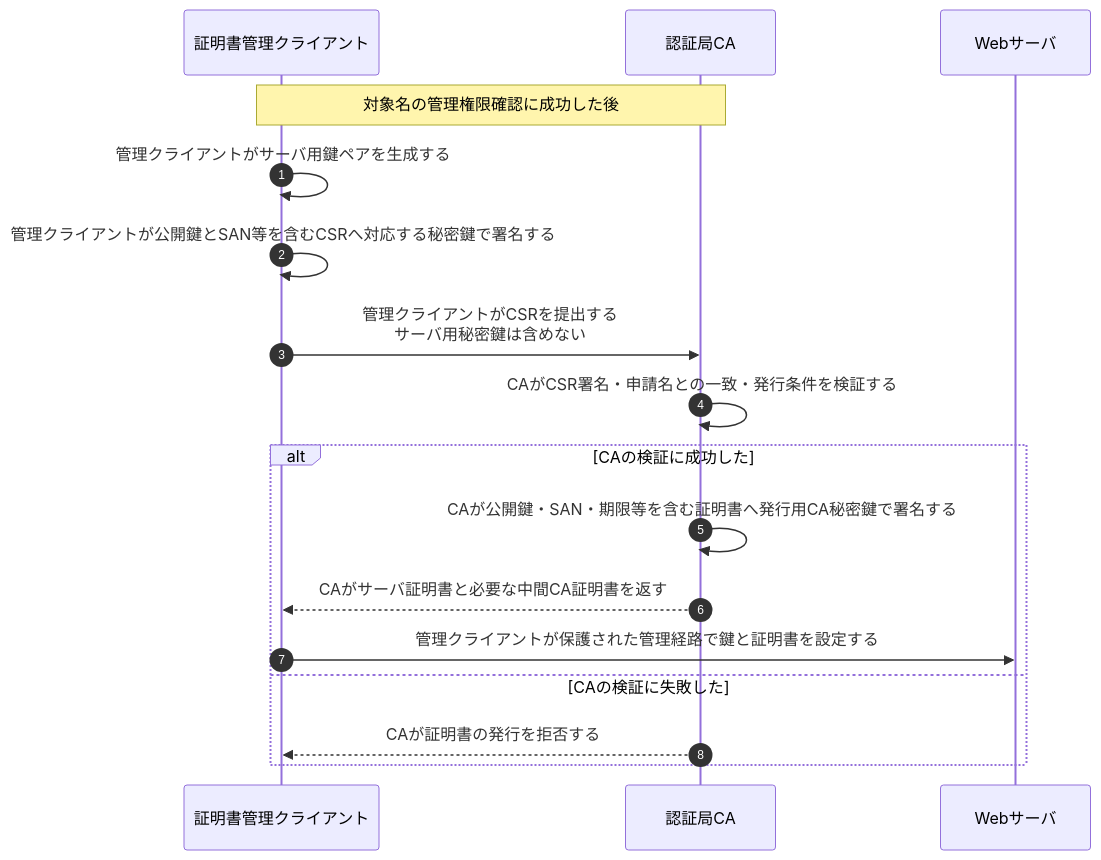
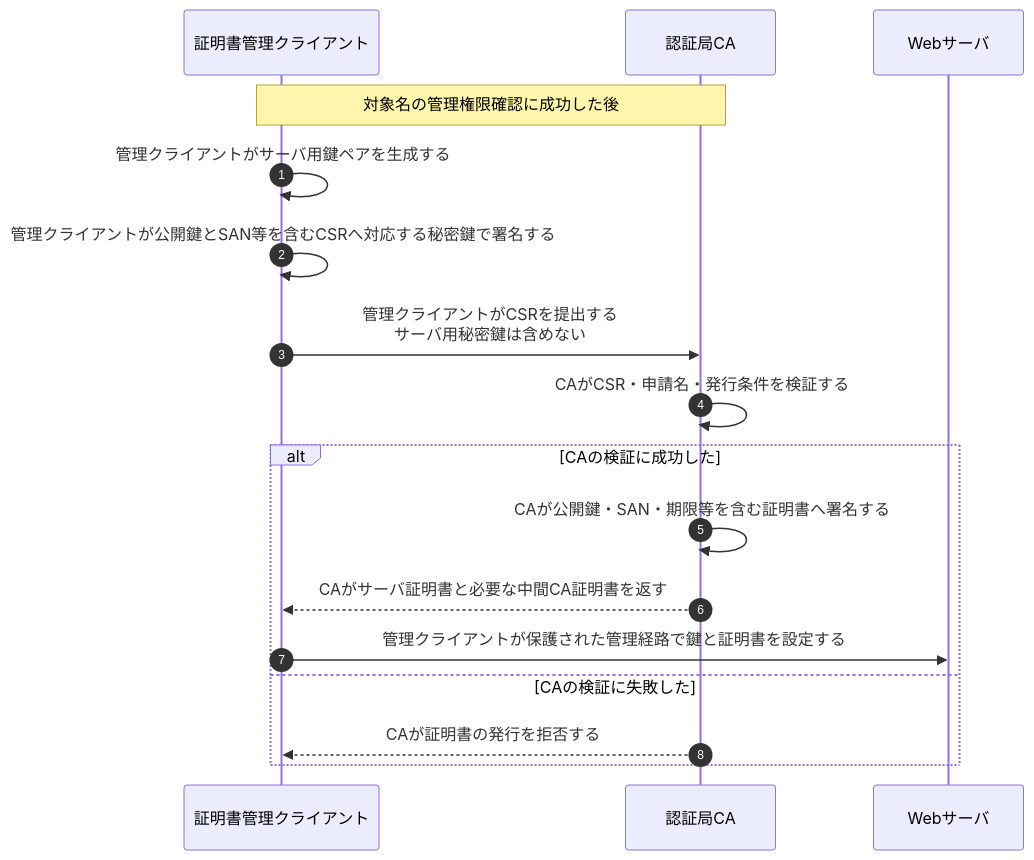
The second of 2 diagrams in 復習用/流れ図/サーバ証明書の発行.md (ryusuke2003/security-specialist-study), drawn with Mermaid before and after one commit. The commit also changed other lines of this file, not shown here.

````diff
--- a/復習用/流れ図/サーバ証明書の発行.md
+++ b/復習用/流れ図/サーバ証明書の発行.md
@@ -59,20 +60,20 @@
 ```mermaid
 sequenceDiagram
     autonumber
     participant C as 証明書管理クライアント
     participant A as 認証局CA
     participant S as Webサーバ
 
     Note over C,A: 対象名の管理権限確認に成功した後
     C->>C: 管理クライアントがサーバ用鍵ペアを生成する
     C->>C: 管理クライアントが公開鍵とSAN等を含むCSRへ対応する秘密鍵で署名する
     C->>A: 管理クライアントがCSRを提出する<br/>サーバ用秘密鍵は含めない
-    A->>A: CAがCSR署名・申請名との一致・発行条件を検証する
+    A->>A: CAがCSR・申請名・発行条件を検証する
     alt CAの検証に成功した
-        A->>A: CAが公開鍵・SAN・期限等を含む証明書へ発行用CA秘密鍵で署名する
+        A->>A: CAが公開鍵・SAN・期限等を含む証明書へ署名する
         A-->>C: CAがサーバ証明書と必要な中間CA証明書を返す
         C->>S: 管理クライアントが保護された管理経路で鍵と証明書を設定する
     else CAの検証に失敗した
         A-->>C: CAが証明書の発行を拒否する
     end
 ```
````
